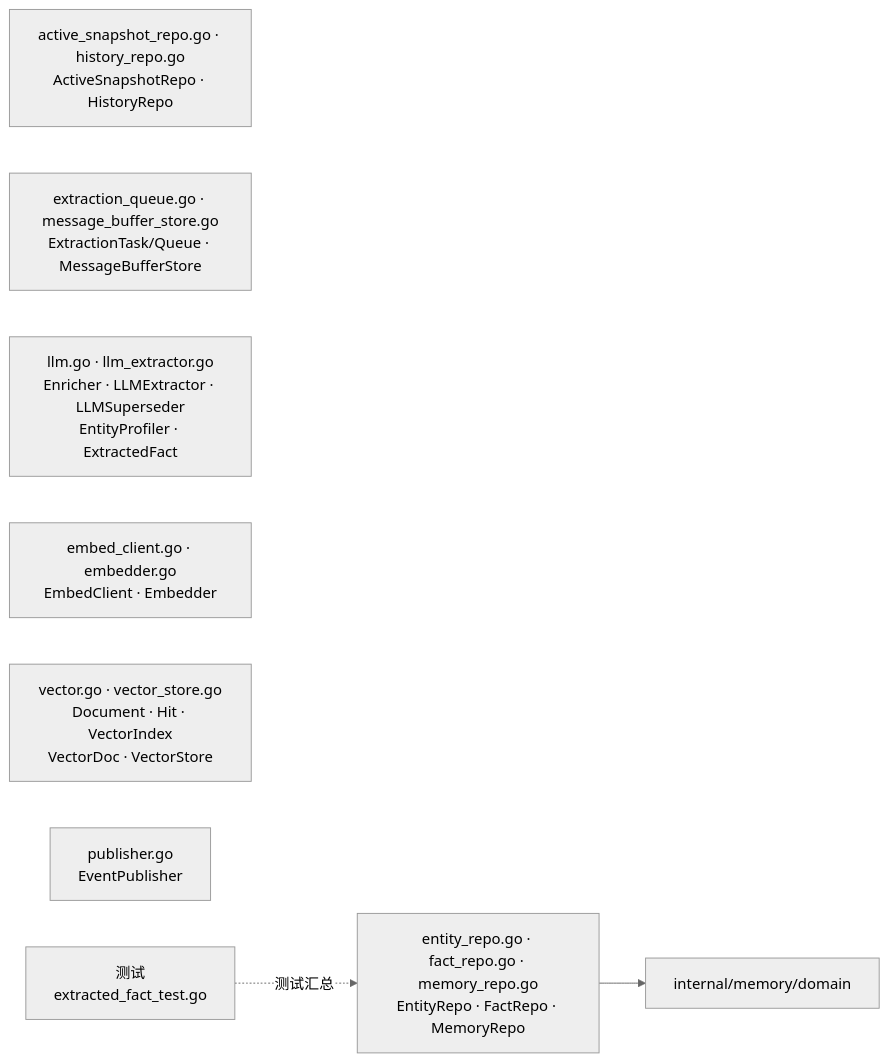
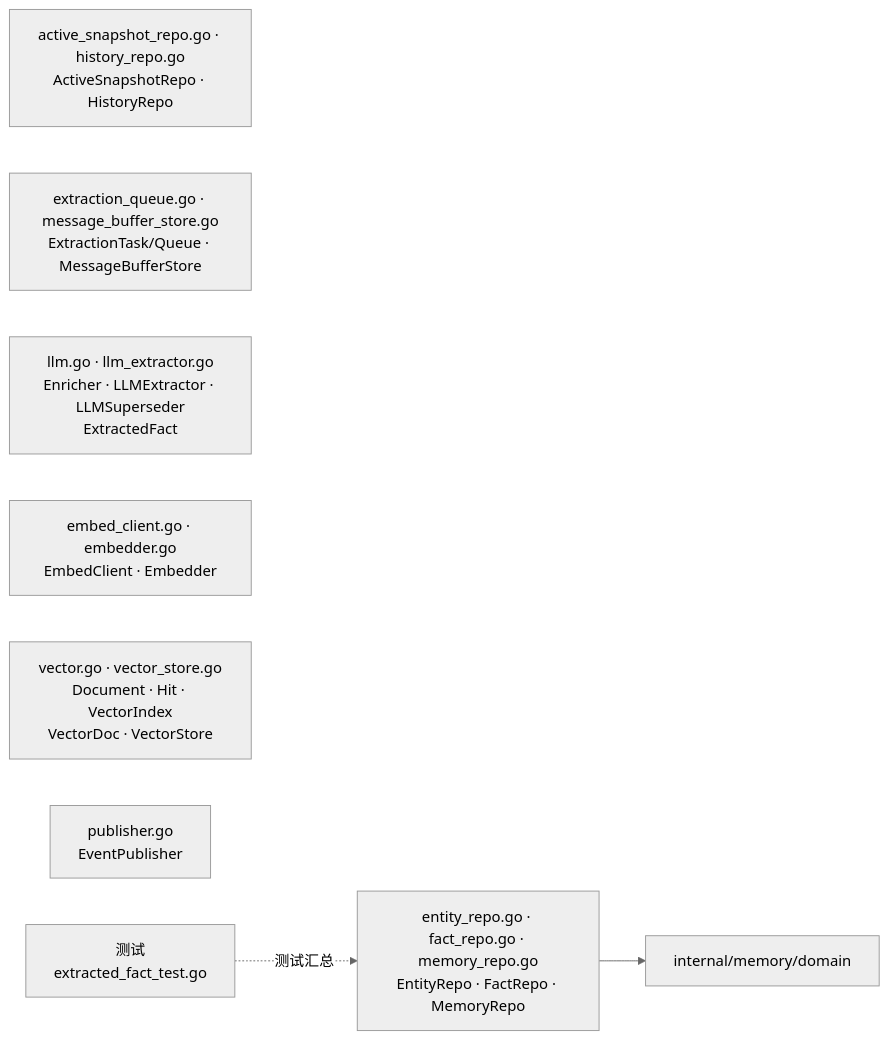
One commit to ArchChuan/Stratum changed the diagram in docs/go-package-architecture/internal-memory-domain-port.md. Above: the diagram before and after it, drawn with Mermaid (neutral theme). The commit also changed 42 other files, not shown here.

````diff
--- a/docs/go-package-architecture/internal-memory-domain-port.md
+++ b/docs/go-package-architecture/internal-memory-domain-port.md
@@ -7,14 +7,14 @@
 ```mermaid
 flowchart LR
   repos["entity_repo.go · fact_repo.go · memory_repo.go<br/>EntityRepo · FactRepo · MemoryRepo"]
   tiered["active_snapshot_repo.go · history_repo.go<br/>ActiveSnapshotRepo · HistoryRepo"]
   queue["extraction_queue.go · message_buffer_store.go<br/>ExtractionTask/Queue · MessageBufferStore"]
-  llm["llm.go · llm_extractor.go<br/>Enricher · LLMExtractor · LLMSuperseder<br/>EntityProfiler · ExtractedFact"]
+  llm["llm.go · llm_extractor.go<br/>Enricher · LLMExtractor · LLMSuperseder<br/>ExtractedFact"]
   embedding["embed_client.go · embedder.go<br/>EmbedClient · Embedder"]
   vector["vector.go · vector_store.go<br/>Document · Hit · VectorIndex<br/>VectorDoc · VectorStore"]
   events["publisher.go<br/>EventPublisher"]
   domain["internal/memory/domain"]
   tests["测试<br/>extracted_fact_test.go"]
   repos --> domain
   tests -.测试汇总.-> repos
 ```
````
